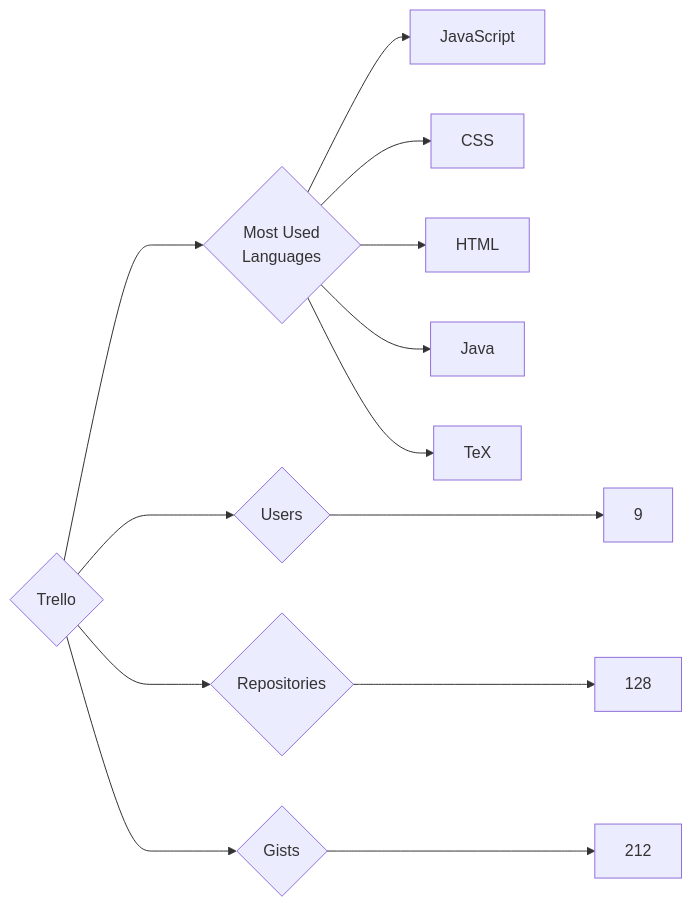
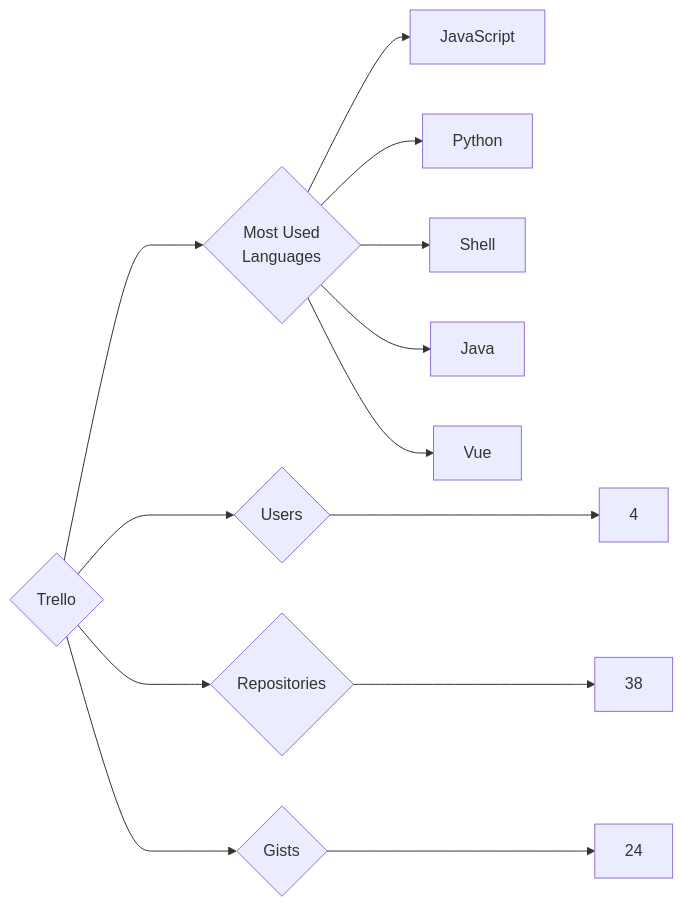
One commit to trickest/insiders changed the diagram in targets/Trello/README.md. Above: the diagram before and after it, drawn with Mermaid. The commit also changed 1496 other files, not shown here.

````diff
--- a/targets/Trello/README.md
+++ b/targets/Trello/README.md
@@ -3,13 +3,13 @@
 ```mermaid
 graph LR
 COMPANY_NAME{Trello}
-COMPANY_NAME ---> U{Users} ---> UN[9]
-COMPANY_NAME ---> R{Repositories} ---> RN[128]
-COMPANY_NAME ---> G{Gists} ---> GN[212]
+COMPANY_NAME ---> U{Users} ---> UN[4]
+COMPANY_NAME ---> R{Repositories} ---> RN[38]
+COMPANY_NAME ---> G{Gists} ---> GN[24]
 COMPANY_NAME ---> ML{Most Used<br>Languages}
 ML --> JavaScript[JavaScript]
-ML --> CSS[CSS]
-ML --> HTML[HTML]
+ML --> Python[Python]
+ML --> Shell[Shell]
 ML --> Java[Java]
-ML --> TeX[TeX]
+ML --> Vue[Vue]
 ```
````
